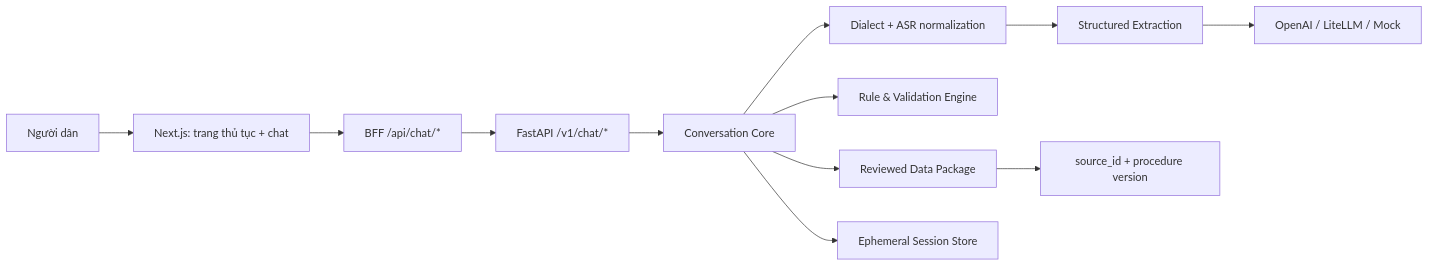
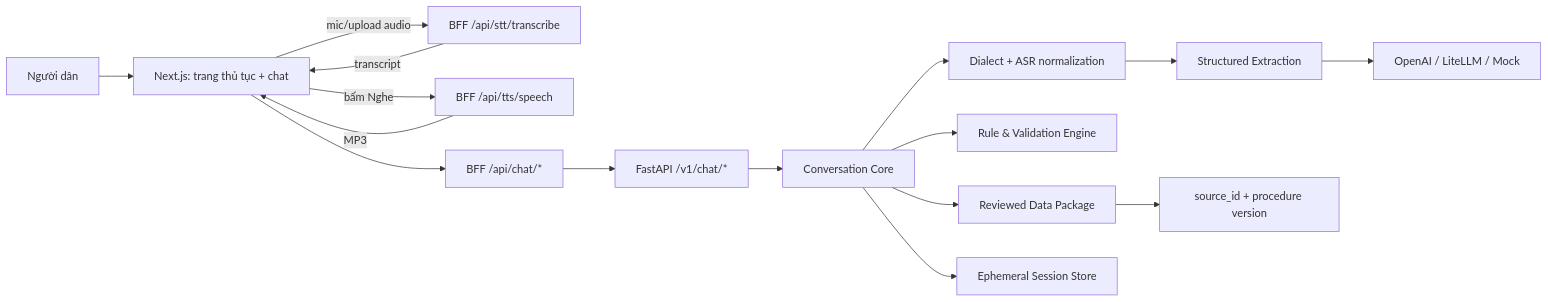
The first of 5 diagrams in README.md (suzhentxt/VNeGuide), drawn with Mermaid before and after one commit. The commit also changed other lines of this file, not shown here.

First line of the commit message:
docs(readme): thêm phần Speech (STT + TTS) và đan vào các tiêu chí

````diff
--- a/README.md
+++ b/README.md
@@ -105,14 +107,18 @@
 ```mermaid
 flowchart LR
     U[Người dân] --> UI[Next.js: trang thủ tục + chat]
+    UI -->|mic/upload audio| STT[BFF /api/stt/transcribe]
+    STT -->|transcript| UI
+    UI -->|bấm Nghe| TTS[BFF /api/tts/speech]
+    TTS -->|MP3| UI
     UI --> BFF[BFF /api/chat/*]
     BFF --> API[FastAPI /v1/chat/*]
     API --> CORE[Conversation Core]
     CORE --> LANG[Dialect + ASR normalization]
     LANG --> AI[Structured Extraction]
     CORE --> RULES[Rule & Validation Engine]
     CORE --> DATA[Reviewed Data Package]
     AI --> PROVIDER[OpenAI / LiteLLM / Mock]
     CORE --> SESSION[Ephemeral Session Store]
     DATA --> SOURCES[source_id + procedure version]
 ```
````
